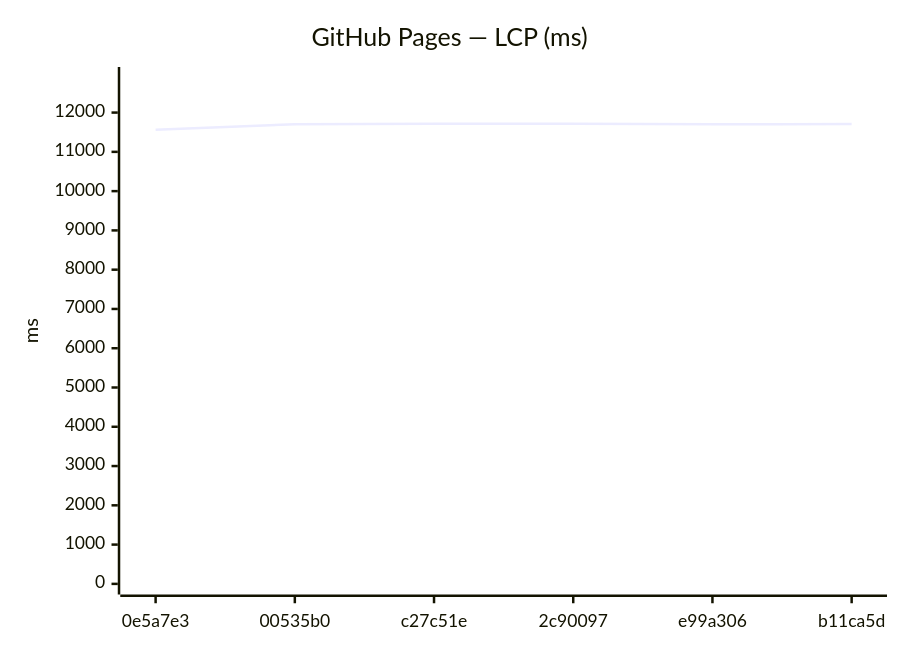
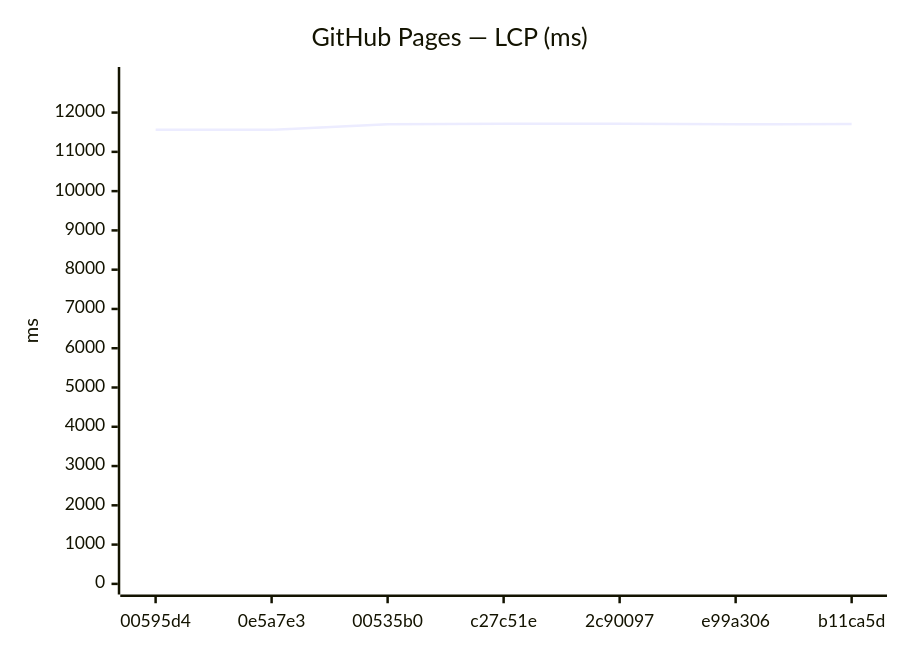
The third of 24 diagrams in benchmarks/compare.md (Metaheurist/Rianell), drawn with Mermaid before and after one commit. The commit also changed other lines of this file and 12 other files, not shown here.

````diff
--- a/benchmarks/compare.md
+++ b/benchmarks/compare.md
@@ -46,7 +48,7 @@
 ```mermaid
 xychart-beta
     title "GitHub Pages — LCP (ms)"
-    x-axis ["0e5a7e3", "00535b0", "c27c51e", "2c90097", "e99a306", "b11ca5d"]
+    x-axis ["00595d4", "0e5a7e3", "00535b0", "c27c51e", "2c90097", "e99a306", "b11ca5d"]
     y-axis "ms" 0 --> 12890
-    line [11561, 11705, 11718, 11715, 11701, 11707]
+    line [11560, 11561, 11705, 11718, 11715, 11701, 11707]
 ```
````
